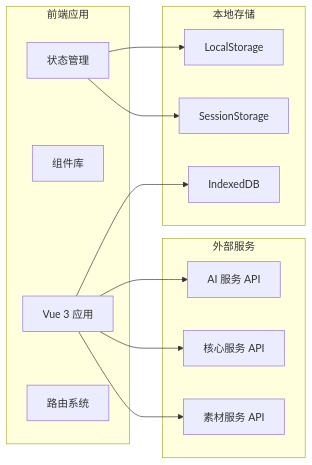
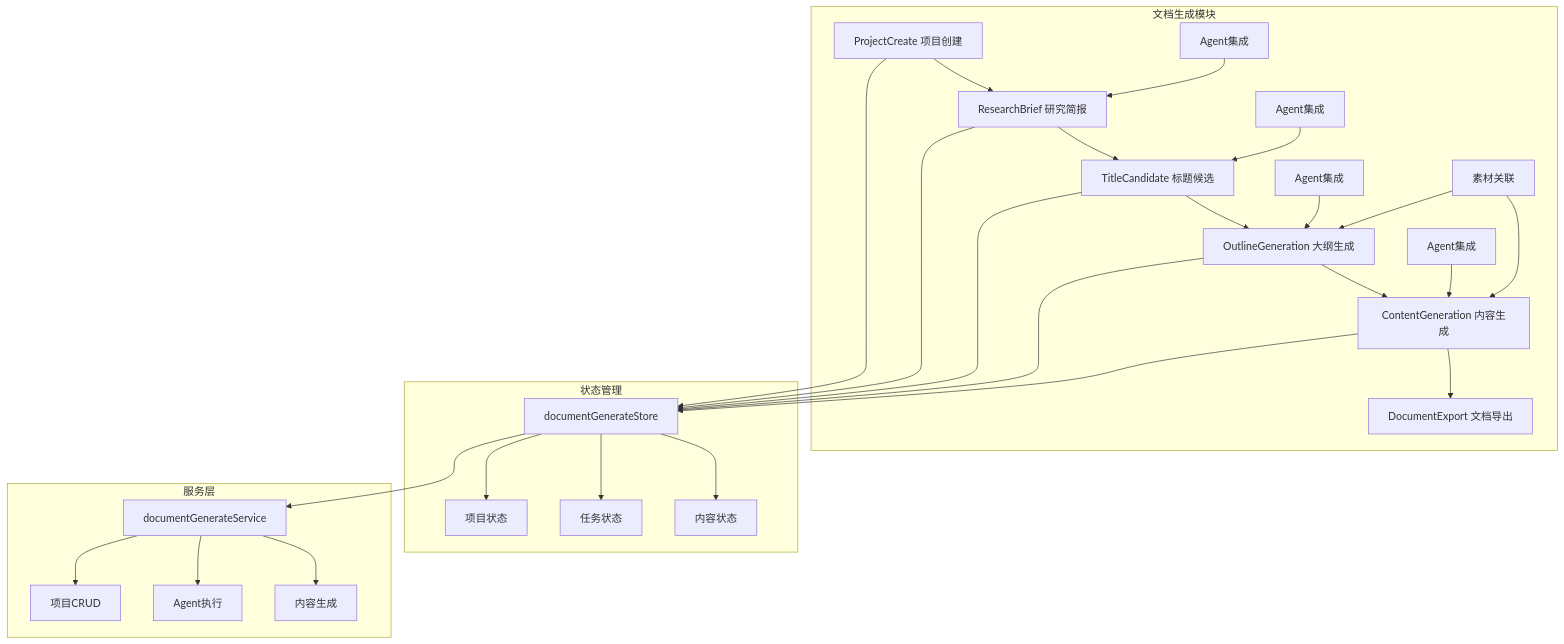
Before and after one commit to gastby-ghost/renews_frontend: the third of 9 diagrams in 系统架构简化版.md, drawn with Mermaid. The commit also changed other lines of this file and 10 other files, not shown here.

````diff
--- a/系统架构简化版.md
+++ b/系统架构简化版.md
@@ -140,28 +475,37 @@
 ```mermaid
-graph LR
-    subgraph "前端应用"
-        A[Vue 3 应用]
-        B[组件库]
-        C[状态管理]
-        D[路由系统]
+graph TB
+    subgraph "文档生成模块"
+        A[ProjectCreate 项目创建] --> B[ResearchBrief 研究简报]
+        B --> C[TitleCandidate 标题候选]
+        C --> D[OutlineGeneration 大纲生成]
+        D --> E[ContentGeneration 内容生成]
+        E --> F[DocumentExport 文档导出]
+
+        G[Agent集成] --> B
+        H[Agent集成] --> C
+        I[Agent集成] --> D
+        J[Agent集成] --> E
+
+        K[素材关联] --> D
+        K --> E
     end
 
-    subgraph "外部服务"
-        E[AI 服务 API]
-        F[核心服务 API]
-        G[素材服务 API]
+    subgraph "状态管理"
+        L[documentGenerateStore] --> M[项目状态]
+        L --> N[任务状态]
+        L --> O[内容状态]
     end
 
-    subgraph "本地存储"
-        H[LocalStorage]
-        I[SessionStorage]
-        J[IndexedDB]
+    subgraph "服务层"
+        P[documentGenerateService] --> Q[项目CRUD]
+        P --> R[Agent执行]
+        P --> S[内容生成]
     end
 
-    A --> E
-    A --> F
-    A --> G
-    C --> H
-    C --> I
-    A --> J
+    A --> L
+    B --> L
+    C --> L
+    D --> L
+    E --> L
+    L --> P
 ```
````
